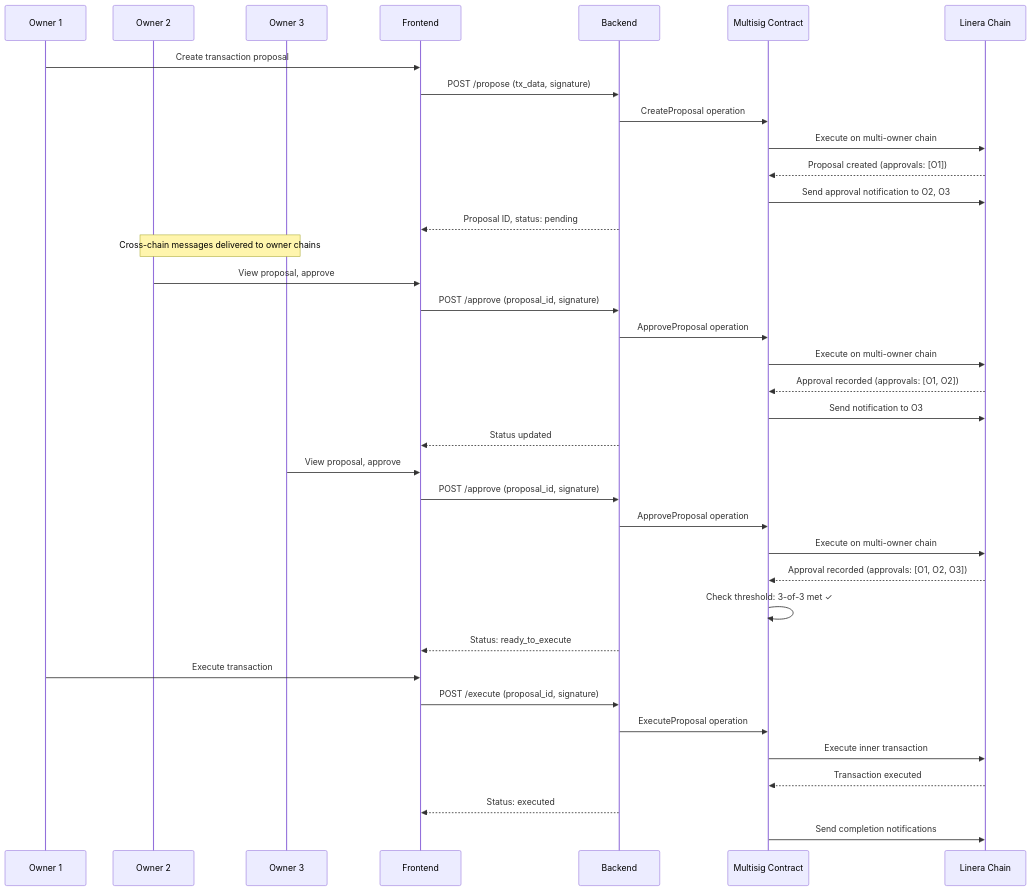
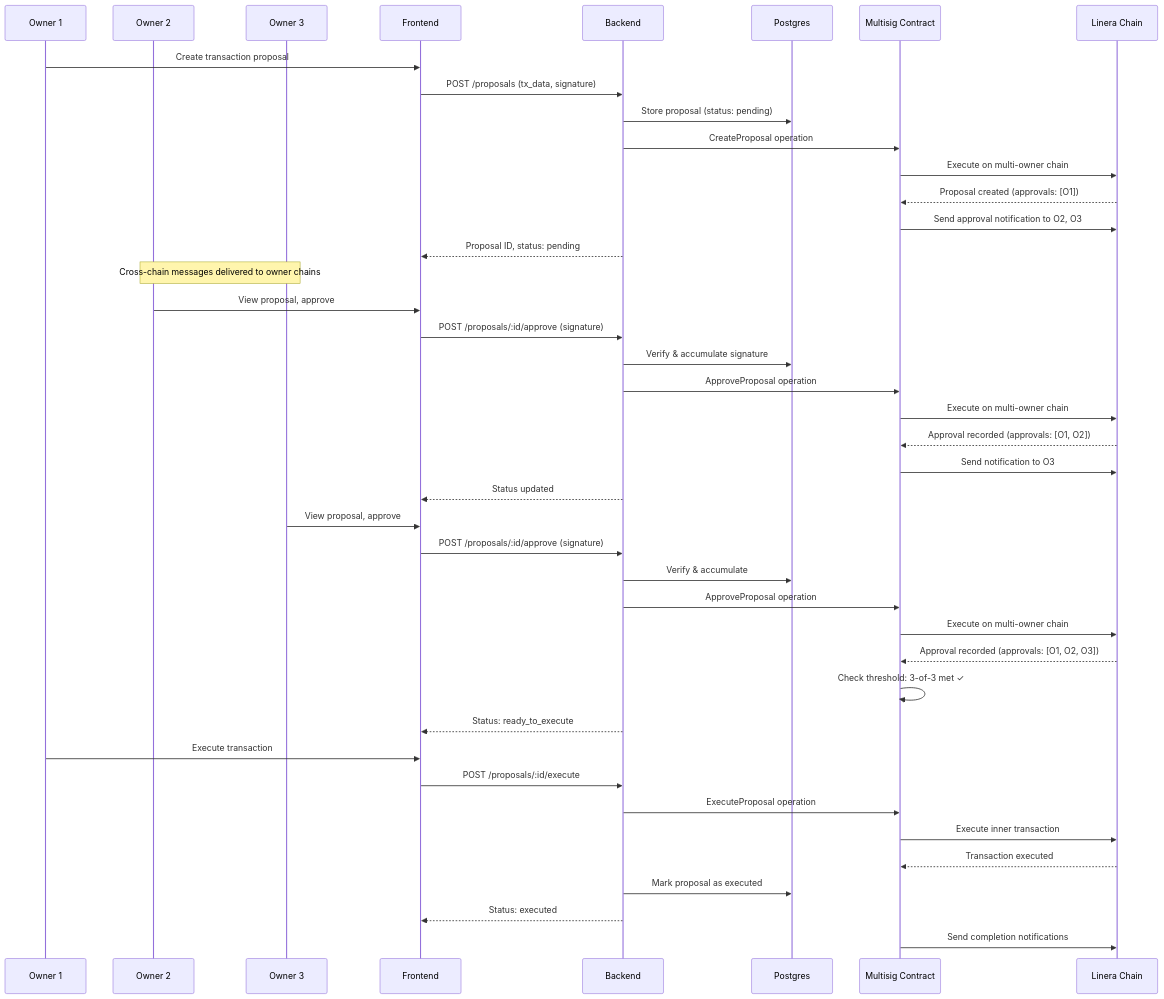
The second of 3 diagrams in docs/PROPOSAL/linera-multisig-platform-proposal.md (keyper-labs/linera.dev), drawn with Mermaid before and after one commit. The commit also changed other lines of this file and 35 other files, not shown here.

````diff
--- a/docs/PROPOSAL/linera-multisig-platform-proposal.md
+++ b/docs/PROPOSAL/linera-multisig-platform-proposal.md
@@ -362,44 +157,49 @@
 ```mermaid
 sequenceDiagram
     participant O1 as Owner 1
     participant O2 as Owner 2
     participant O3 as Owner 3
     participant UI as Frontend
     participant API as Backend
+    participant DB as Postgres
     participant SC as Multisig Contract
     participant LC as Linera Chain
 
     O1->>UI: Create transaction proposal
-    UI->>API: POST /propose (tx_data, signature)
+    UI->>API: POST /proposals (tx_data, signature)
+    API->>DB: Store proposal (status: pending)
     API->>SC: CreateProposal operation
     SC->>LC: Execute on multi-owner chain
     LC-->>SC: Proposal created (approvals: [O1])
     SC->>LC: Send approval notification to O2, O3
     API-->>UI: Proposal ID, status: pending
 
     Note over O2,O3: Cross-chain messages delivered to owner chains
 
     O2->>UI: View proposal, approve
-    UI->>API: POST /approve (proposal_id, signature)
+    UI->>API: POST /proposals/:id/approve (signature)
+    API->>DB: Verify & accumulate signature
     API->>SC: ApproveProposal operation
     SC->>LC: Execute on multi-owner chain
     LC-->>SC: Approval recorded (approvals: [O1, O2])
     SC->>LC: Send notification to O3
     API-->>UI: Status updated
 
     O3->>UI: View proposal, approve
-    UI->>API: POST /approve (proposal_id, signature)
+    UI->>API: POST /proposals/:id/approve (signature)
+    API->>DB: Verify & accumulate
     API->>SC: ApproveProposal operation
     SC->>LC: Execute on multi-owner chain
     LC-->>SC: Approval recorded (approvals: [O1, O2, O3])
     SC->>SC: Check threshold: 3-of-3 met ✓
     API-->>UI: Status: ready_to_execute
 
     O1->>UI: Execute transaction
-    UI->>API: POST /execute (proposal_id, signature)
+    UI->>API: POST /proposals/:id/execute
     API->>SC: ExecuteProposal operation
     SC->>LC: Execute inner transaction
     LC-->>SC: Transaction executed
+    API->>DB: Mark proposal as executed
     API-->>UI: Status: executed
     SC->>LC: Send completion notifications
 ```
````
